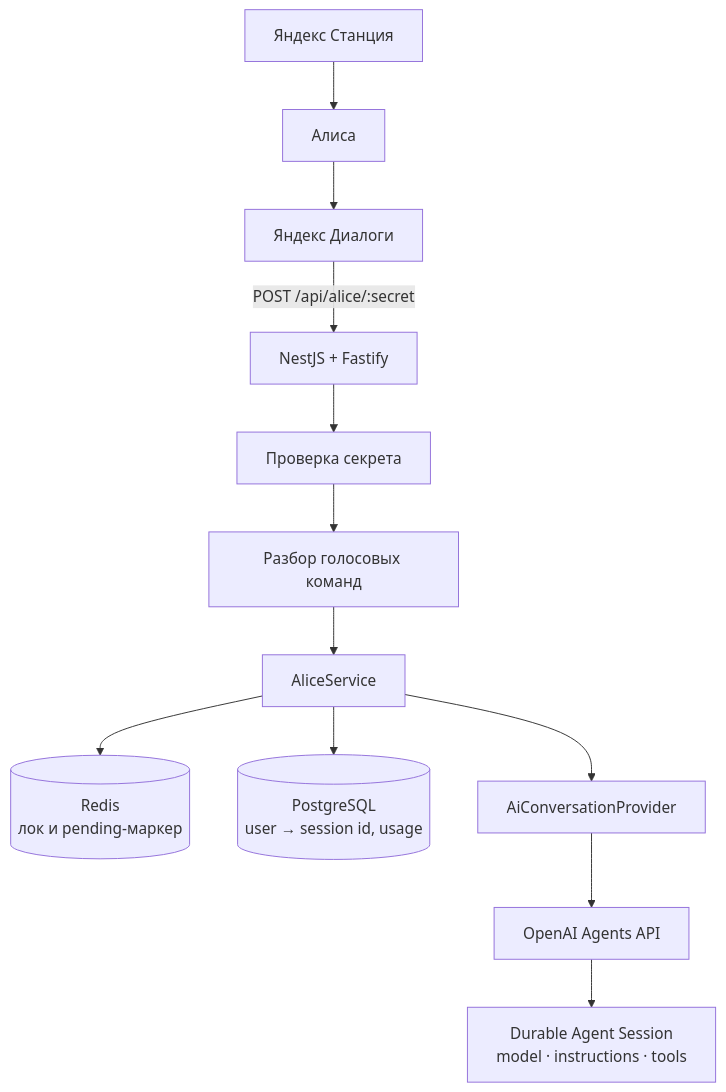
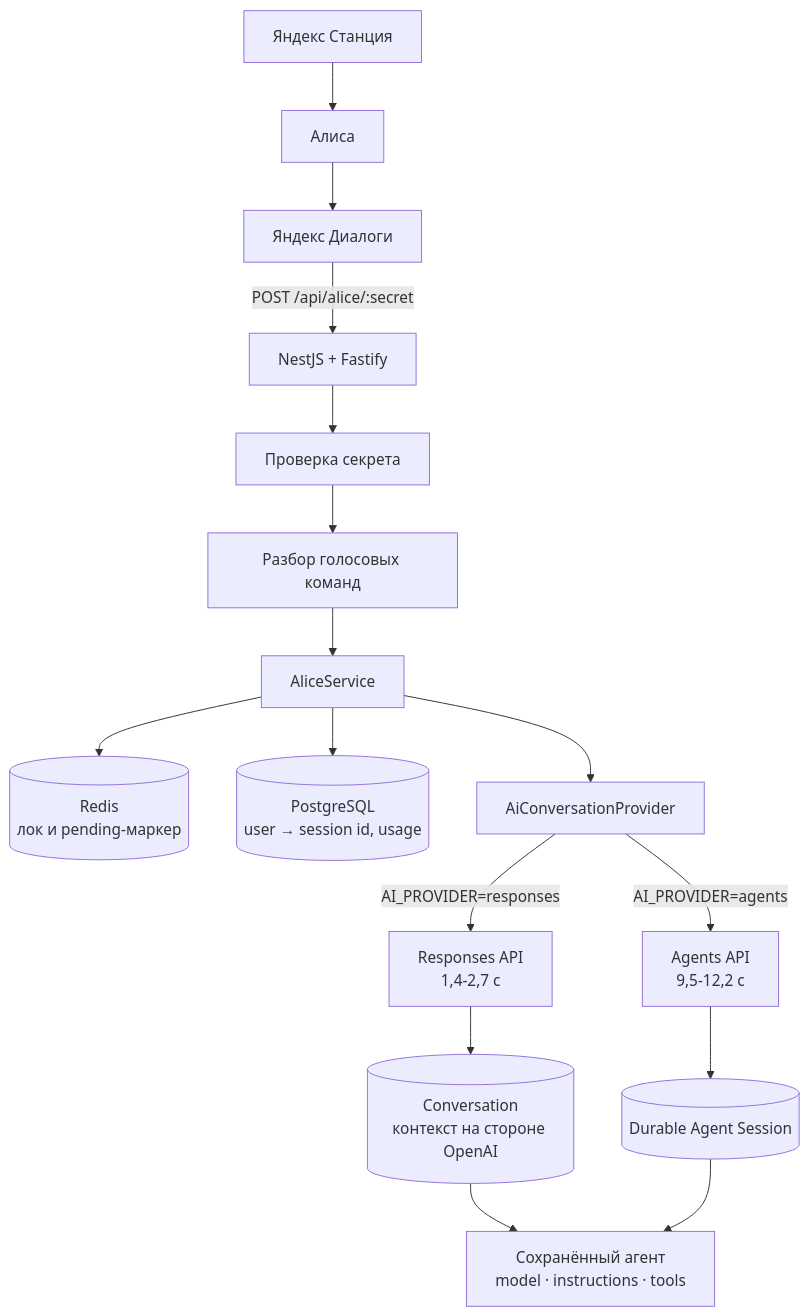
One commit to pavser/makealicebetter changed the diagram in README.md. Above: the diagram before and after it, drawn with Mermaid. The commit also changed other lines of this file, not shown here.

````diff
--- a/README.md
+++ b/README.md
@@ -36,17 +36,21 @@
 ```mermaid
 flowchart TD
     Station[Яндекс Станция] --> Alice[Алиса]
     Alice --> Dialogs[Яндекс Диалоги]
     Dialogs -->|POST /api/alice/:secret| Nest[NestJS + Fastify]
 
     Nest --> Guard[Проверка секрета]
     Guard --> Parser[Разбор голосовых команд]
     Parser --> Service[AliceService]
 
     Service --> Redis[(Redis<br/>лок и pending-маркер)]
     Service --> PG[(PostgreSQL<br/>user → session id, usage)]
     Service --> Provider[AiConversationProvider]
 
-    Provider --> Agents[OpenAI Agents API]
-    Agents --> Session[Durable Agent Session<br/>model · instructions · tools]
+    Provider -->|AI_PROVIDER=responses| Responses[Responses API<br/>1,4-2,7 с]
+    Provider -->|AI_PROVIDER=agents| Agents[Agents API<br/>9,5-12,2 с]
+    Responses --> Conversation[(Conversation<br/>контекст на стороне OpenAI)]
+    Agents --> Session[(Durable Agent Session)]
+    Conversation --> Saved[Сохранённый агент<br/>model · instructions · tools]
+    Session --> Saved
 ```
````
